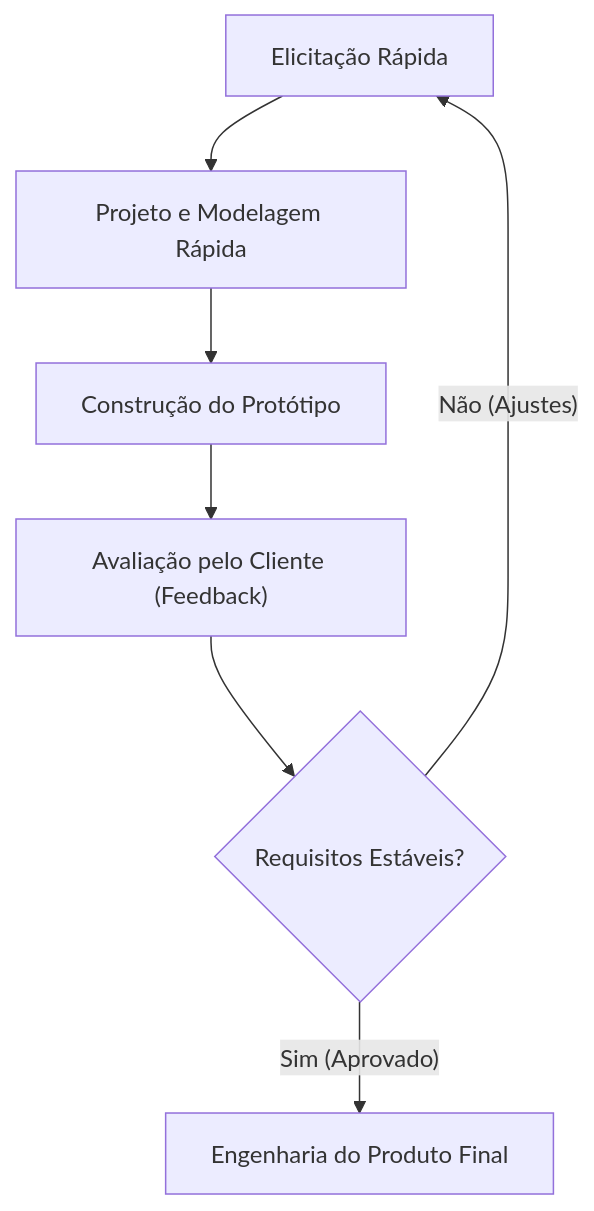
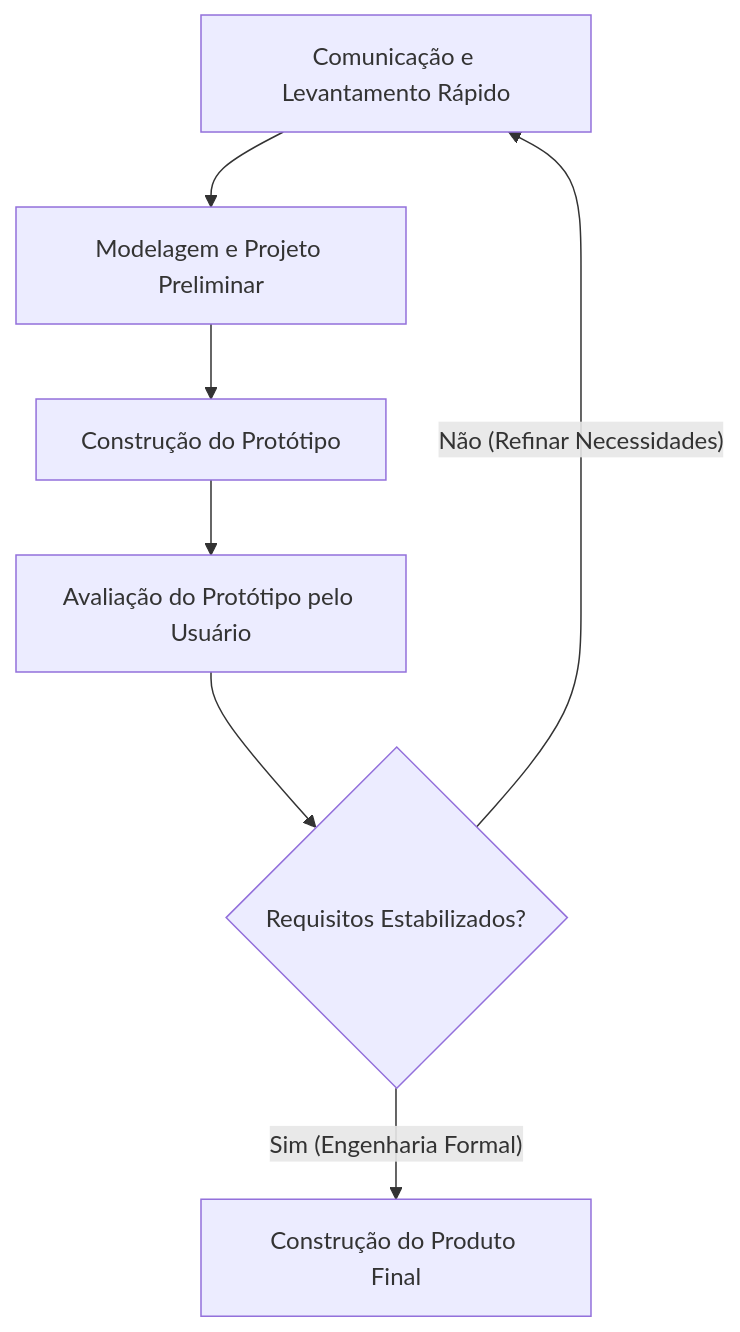
The fifth of 33 diagrams in 3º Semestre/[Prof. Marcelo Boer] Engenharia de Software I/Resumos-IA/Caderno-Consolidado.md (murilolol/unifef), drawn with Mermaid before and after one commit. The commit also changed other lines of this file and 40 other files, not shown here.

````diff
--- a/3º Semestre/[Prof. Marcelo Boer] Engenharia de Software I/Resumos-IA/Caderno-Consolidado.md
+++ b/3º Semestre/[Prof. Marcelo Boer] Engenharia de Software I/Resumos-IA/Caderno-Consolidado.md
@@ -390,9 +204,9 @@
 ```mermaid
 flowchart TD
-    Elic["Elicitação Rápida"] --> Model["Projeto e Modelagem Rápida"]
-    Model --> Const["Construção do Protótipo"]
-    Const --> Aval["Avaliação pelo Cliente (Feedback)"]
-    Aval --> Decisao{"Requisitos Estáveis?"}
-    Decisao -- "Não (Ajustes)" --> Elic
-    Decisao -- "Sim (Aprovado)" --> Prod["Engenharia do Produto Final"]
+    P1["Comunicação e Levantamento Rápido"] --> P2["Modelagem e Projeto Preliminar"]
+    P2 --> P3["Construção do Protótipo"]
+    P3 --> P4["Avaliação do Protótipo pelo Usuário"]
+    P4 --> P5{"Requisitos Estabilizados?"}
+    P5 -- "Não (Refinar Necessidades)" --> P1
+    P5 -- "Sim (Engenharia Formal)" --> P6["Construção do Produto Final"]
 ```
````
